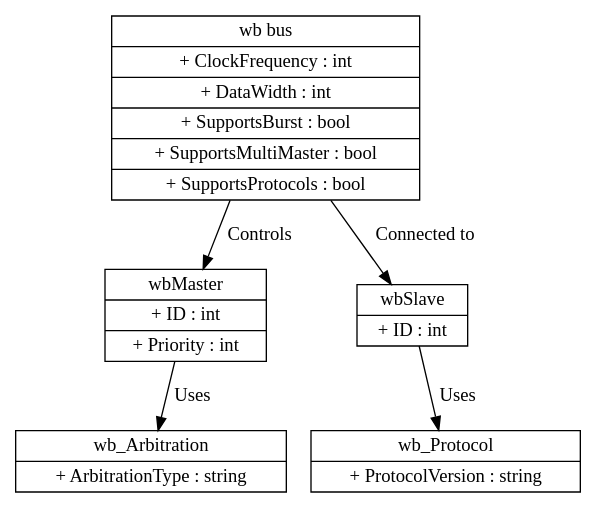
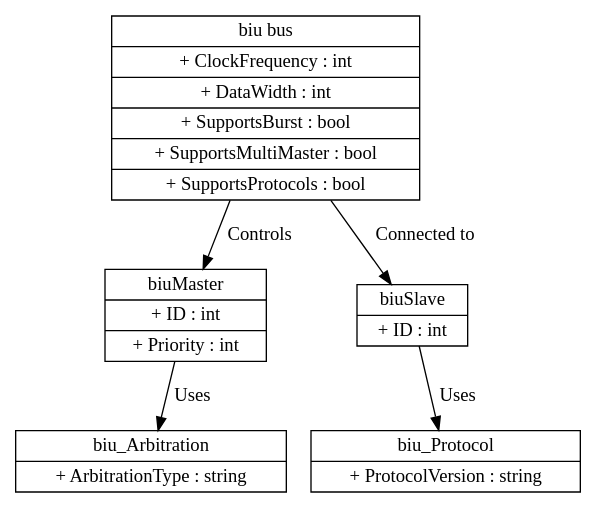
One commit to PacoReinaCampo/SoC-RTOS changed the diagram in requirements/uml/library/soc/wb/peripheral_structural_class.dot. Above: the diagram before and after it, drawn with Graphviz. The commit also changed 988 other files, not shown here.

```diff
--- a/requirements/uml/library/soc/wb/peripheral_structural_class.dot
+++ b/requirements/uml/library/soc/wb/peripheral_structural_class.dot
@@ -1,24 +1,24 @@
-digraph structural_class_wb {
-  // wb bus node
-  wb_bus [label="{wb bus|+ ClockFrequency : int|+ DataWidth : int|+ SupportsBurst : bool|+ SupportsMultiMaster : bool|+ SupportsProtocols : bool}" shape=record];
+digraph structural_class_biu {
+  // biu bus node
+  biu_bus [label="{biu bus|+ ClockFrequency : int|+ DataWidth : int|+ SupportsBurst : bool|+ SupportsMultiMaster : bool|+ SupportsProtocols : bool}" shape=record];
   
-  // wb Master node
-  wbMaster [label="{wbMaster|+ ID : int|+ Priority : int}" shape=record];
+  // biu Master node
+  biuMaster [label="{biuMaster|+ ID : int|+ Priority : int}" shape=record];
   
-  // wb Slave node
-  wbSlave [label="{wbSlave|+ ID : int}" shape=record];
+  // biu Slave node
+  biuSlave [label="{biuSlave|+ ID : int}" shape=record];
   
-  // wb bus to wb Master relationship
-  wb_bus -> wbMaster [label="Controls"];
+  // biu bus to biu Master relationship
+  biu_bus -> biuMaster [label="Controls"];
   
-  // wb bus to wb Slave relationship
-  wb_bus -> wbSlave [label="Connected to"];
+  // biu bus to biu Slave relationship
+  biu_bus -> biuSlave [label="Connected to"];
   
-  // Additional attributes for wb Master
-  wbMaster -> wb_Arbitration [label="Uses"];
-  wb_Arbitration [label="{wb_Arbitration|+ ArbitrationType : string}" shape=record];
+  // Additional attributes for biu Master
+  biuMaster -> biu_Arbitration [label="Uses"];
+  biu_Arbitration [label="{biu_Arbitration|+ ArbitrationType : string}" shape=record];
   
-  // Additional attributes for wb Slave
-  wbSlave -> wb_Protocol [label="Uses"];
-  wb_Protocol [label="{wb_Protocol|+ ProtocolVersion : string}" shape=record];
+  // Additional attributes for biu Slave
+  biuSlave -> biu_Protocol [label="Uses"];
+  biu_Protocol [label="{biu_Protocol|+ ProtocolVersion : string}" shape=record];
 }
```
